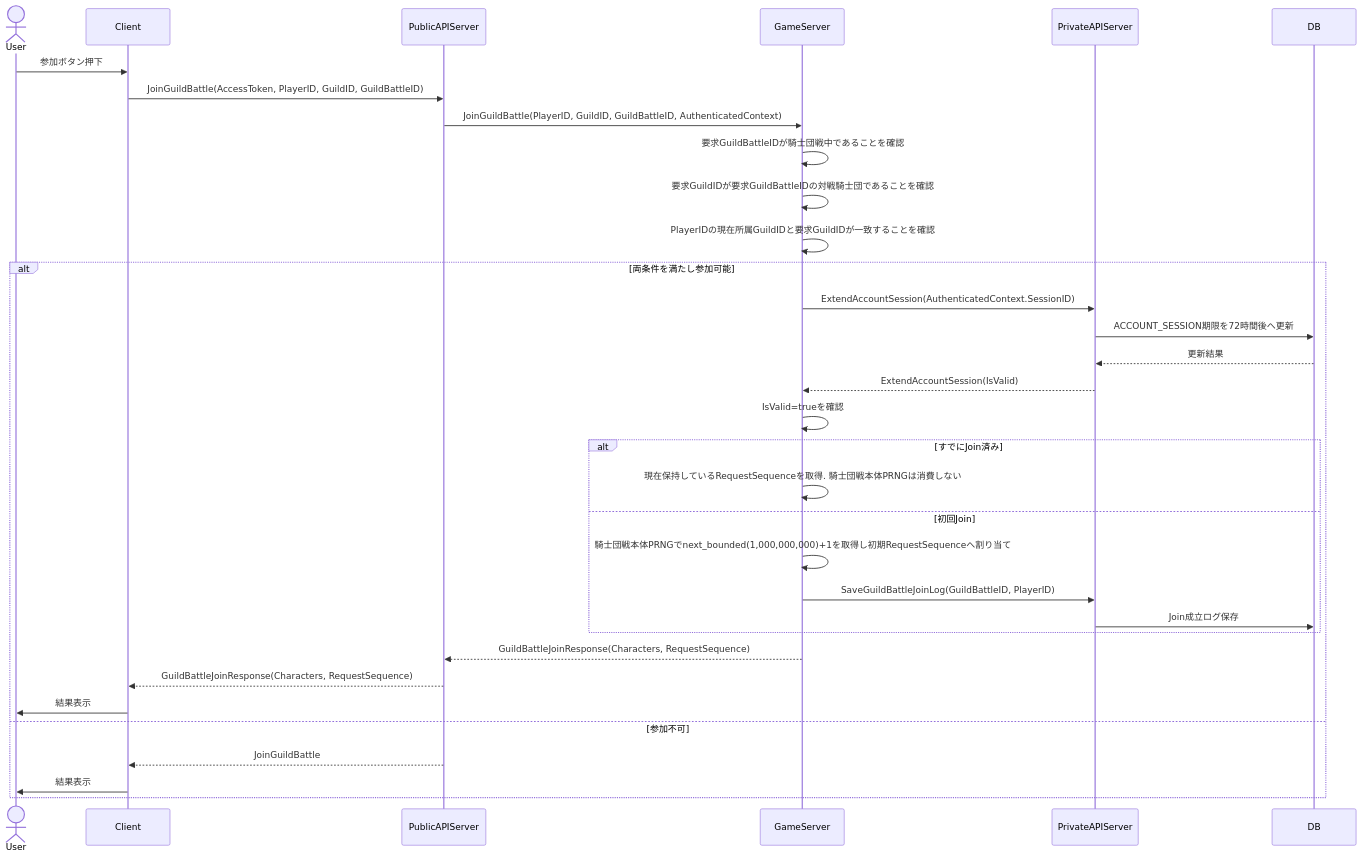
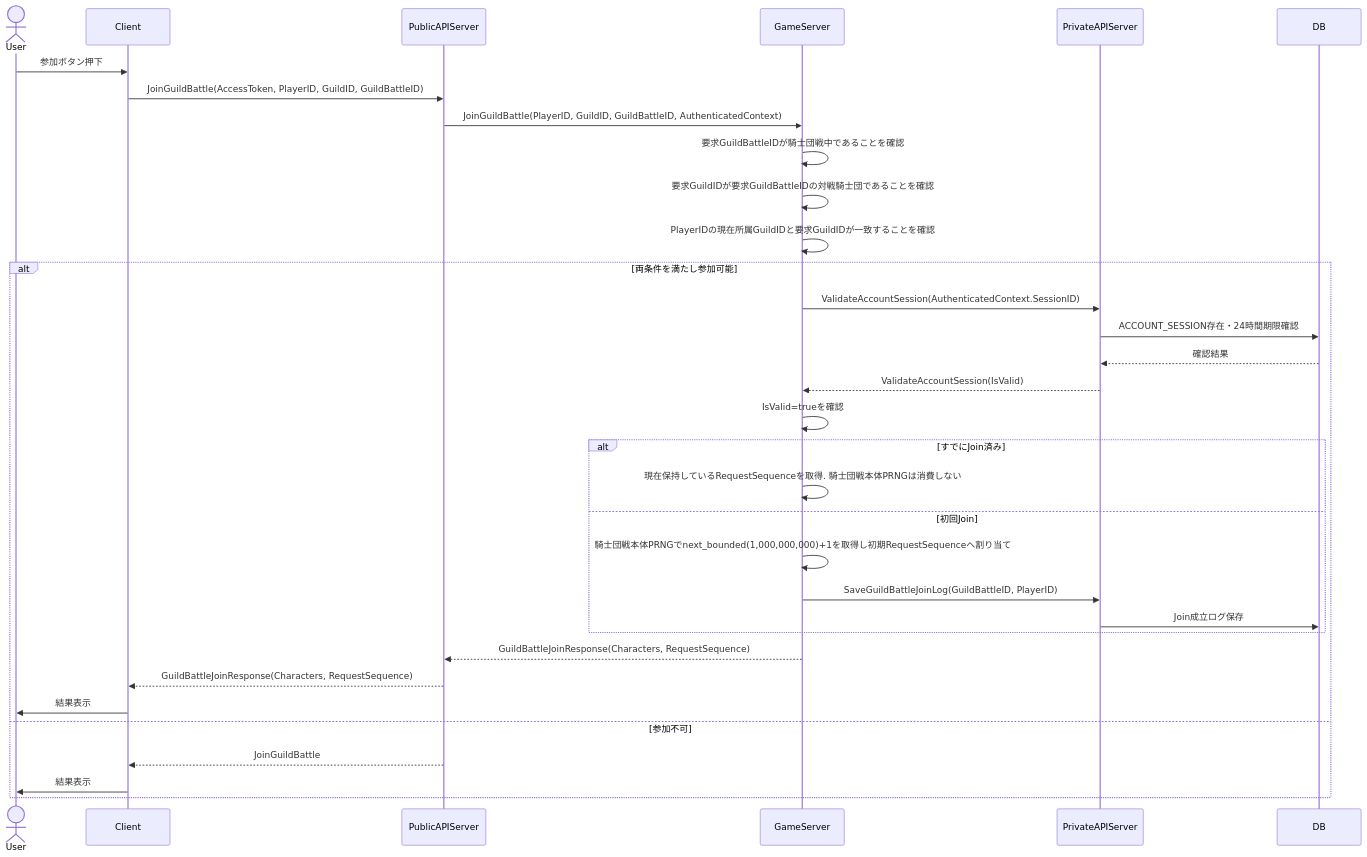
One commit to ReHydrangeaOdyssey/Specifications changed the fifth of 16 diagrams in design/guild_battle.md. Above: the diagram before and after it, drawn with Mermaid. The commit also changed 10 other files, not shown here.

````diff
--- a/design/guild_battle.md
+++ b/design/guild_battle.md
@@ -141,38 +141,38 @@
 ```mermaid
 sequenceDiagram
     actor User
     participant Client
     participant PublicAPIServer
     participant GameServer
     participant PrivateAPIServer
     participant DB
 
     User ->> Client: 参加ボタン押下
     Client ->> PublicAPIServer: JoinGuildBattle(AccessToken, PlayerID, GuildID, GuildBattleID)
     PublicAPIServer ->> GameServer: JoinGuildBattle(PlayerID, GuildID, GuildBattleID, AuthenticatedContext)
     GameServer ->> GameServer: 要求GuildBattleIDが騎士団戦中であることを確認
     GameServer ->> GameServer: 要求GuildIDが要求GuildBattleIDの対戦騎士団であることを確認
     GameServer ->> GameServer: PlayerIDの現在所属GuildIDと要求GuildIDが一致することを確認
 
     alt 両条件を満たし参加可能
-        GameServer ->> PrivateAPIServer: ExtendAccountSession(AuthenticatedContext.SessionID)
-        PrivateAPIServer ->> DB: ACCOUNT_SESSION期限を72時間後へ更新
-        DB -->> PrivateAPIServer: 更新結果
-        PrivateAPIServer -->> GameServer: ExtendAccountSession(IsValid)
+        GameServer ->> PrivateAPIServer: ValidateAccountSession(AuthenticatedContext.SessionID)
+        PrivateAPIServer ->> DB: ACCOUNT_SESSION存在・24時間期限確認
+        DB -->> PrivateAPIServer: 確認結果
+        PrivateAPIServer -->> GameServer: ValidateAccountSession(IsValid)
         GameServer->>GameServer: IsValid=trueを確認
         alt すでにJoin済み
             GameServer->>GameServer: 現在保持しているRequestSequenceを取得. 騎士団戦本体PRNGは消費しない
         else 初回Join
             GameServer->>GameServer: 騎士団戦本体PRNGでnext_bounded(1,000,000,000)+1を取得し初期RequestSequenceへ割り当て
             GameServer->>PrivateAPIServer: SaveGuildBattleJoinLog(GuildBattleID, PlayerID)
             PrivateAPIServer->>DB: Join成立ログ保存
         end
         GameServer -->> PublicAPIServer: GuildBattleJoinResponse(Characters, RequestSequence)
         PublicAPIServer -->> Client: GuildBattleJoinResponse(Characters, RequestSequence)
         Client ->> User: 結果表示
     else 参加不可
         PublicAPIServer -->> Client: JoinGuildBattle
         Client ->> User: 結果表示
     end
 
 ```
````
